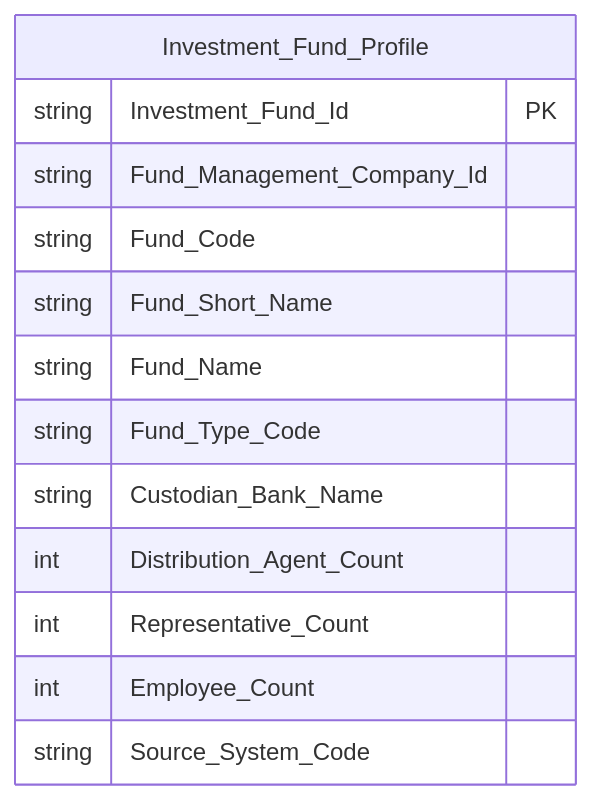
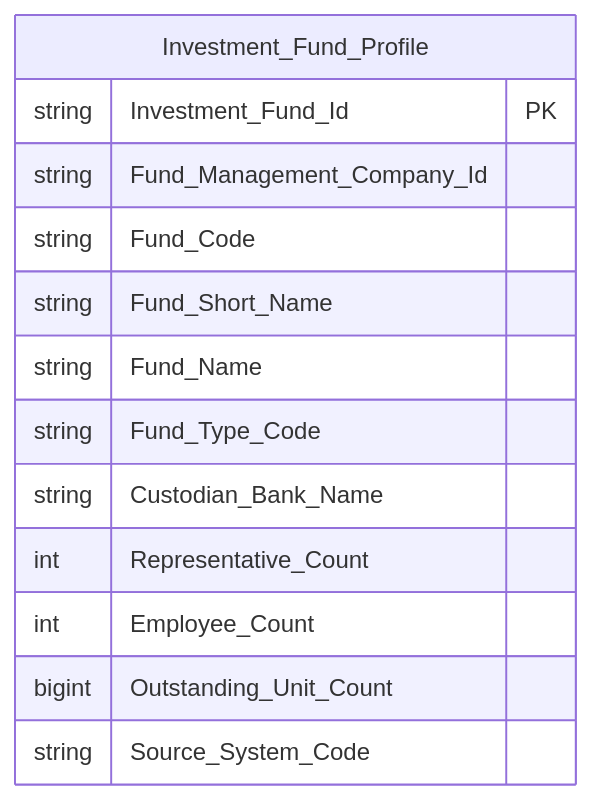
One commit to linhlvit/ubck_atomic_design changed diagram 22 of 41 in Datamart/hld/DTM_QLQ_HLD.md. Above: the diagram before and after it, drawn with Mermaid. The commit also changed other lines of this file and 28 other files, not shown here.

Commit message:
feat(qlq): add LLD detail mapping, 23 entity table schemas, update HLD, sync datamart model and attributes

````diff
--- a/Datamart/hld/DTM_QLQ_HLD.md
+++ b/Datamart/hld/DTM_QLQ_HLD.md
@@ -883,16 +1096,16 @@
 ```mermaid
 erDiagram
     Investment_Fund_Profile {
         string Investment_Fund_Id PK
         string Fund_Management_Company_Id
         string Fund_Code
         string Fund_Short_Name
         string Fund_Name
         string Fund_Type_Code
         string Custodian_Bank_Name
-        int Distribution_Agent_Count
         int Representative_Count
         int Employee_Count
+        bigint Outstanding_Unit_Count
         string Source_System_Code
     }
 ```
````
